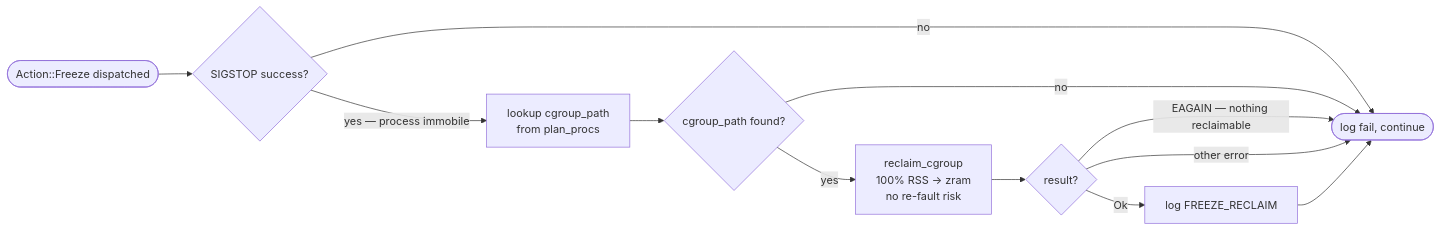
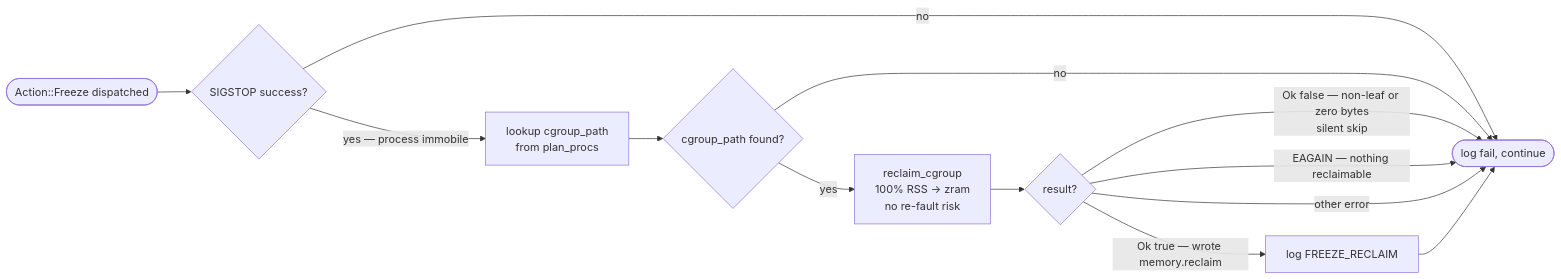
The third of 5 diagrams in docs/DECISION_TREE.md (Aquilesorei/lmkd-linux), drawn with Mermaid before and after one commit. The commit also changed 21 other files, not shown here.

````diff
--- a/docs/DECISION_TREE.md
+++ b/docs/DECISION_TREE.md
@@ -97,14 +97,15 @@
 ```mermaid
 flowchart LR
     A([Action::Freeze dispatched]) --> B{SIGSTOP success?}
     B -->|no| END([log fail, continue])
     B -->|yes — process immobile| C[lookup cgroup_path\nfrom plan_procs]
     C --> D{cgroup_path found?}
     D -->|no| END
     D -->|yes| E[reclaim_cgroup\n100% RSS → zram\nno re-fault risk]
     E --> F{result?}
-    F -->|Ok| G[log FREEZE_RECLAIM]
+    F -->|Ok true — wrote memory.reclaim| G[log FREEZE_RECLAIM]
+    F -->|Ok false — non-leaf or zero bytes\nsilent skip| END
     F -->|EAGAIN — nothing reclaimable| END
     F -->|other error| END
     G --> END
 ```
````
